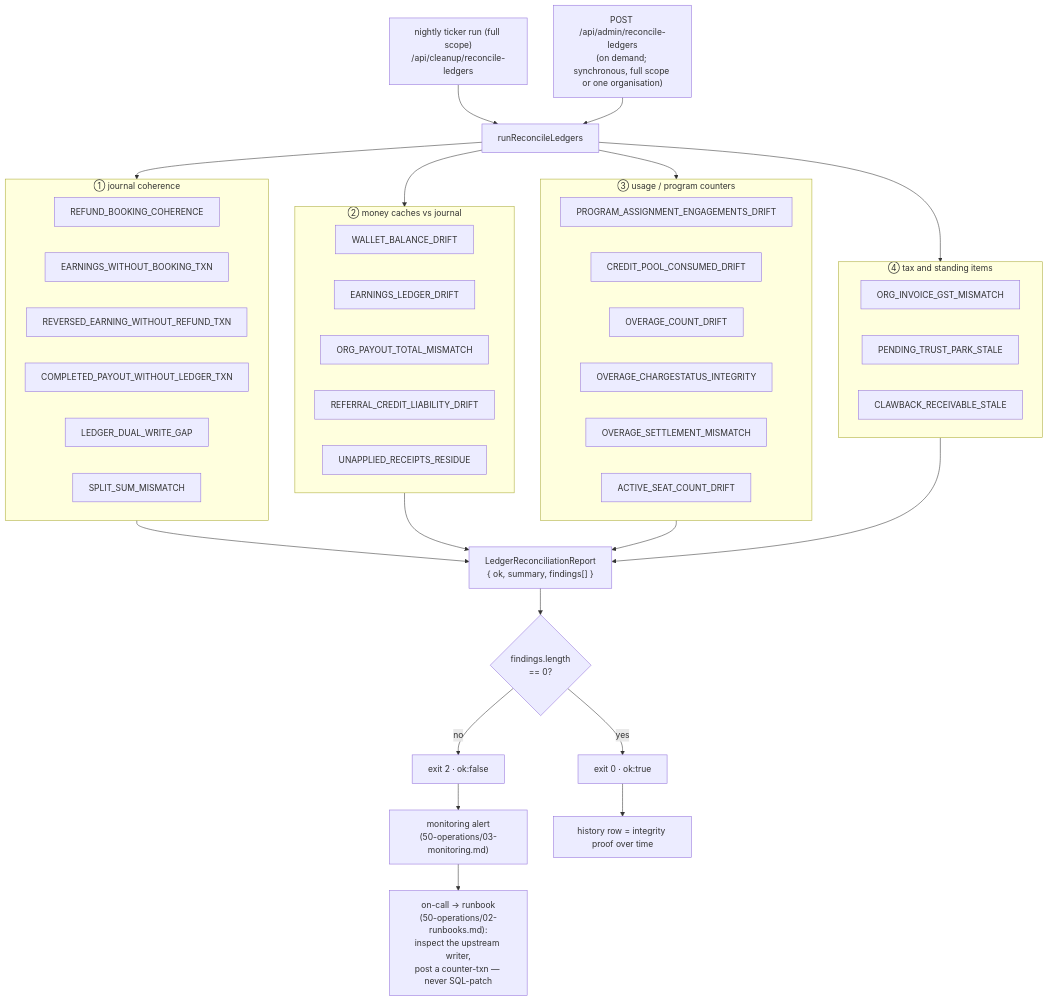
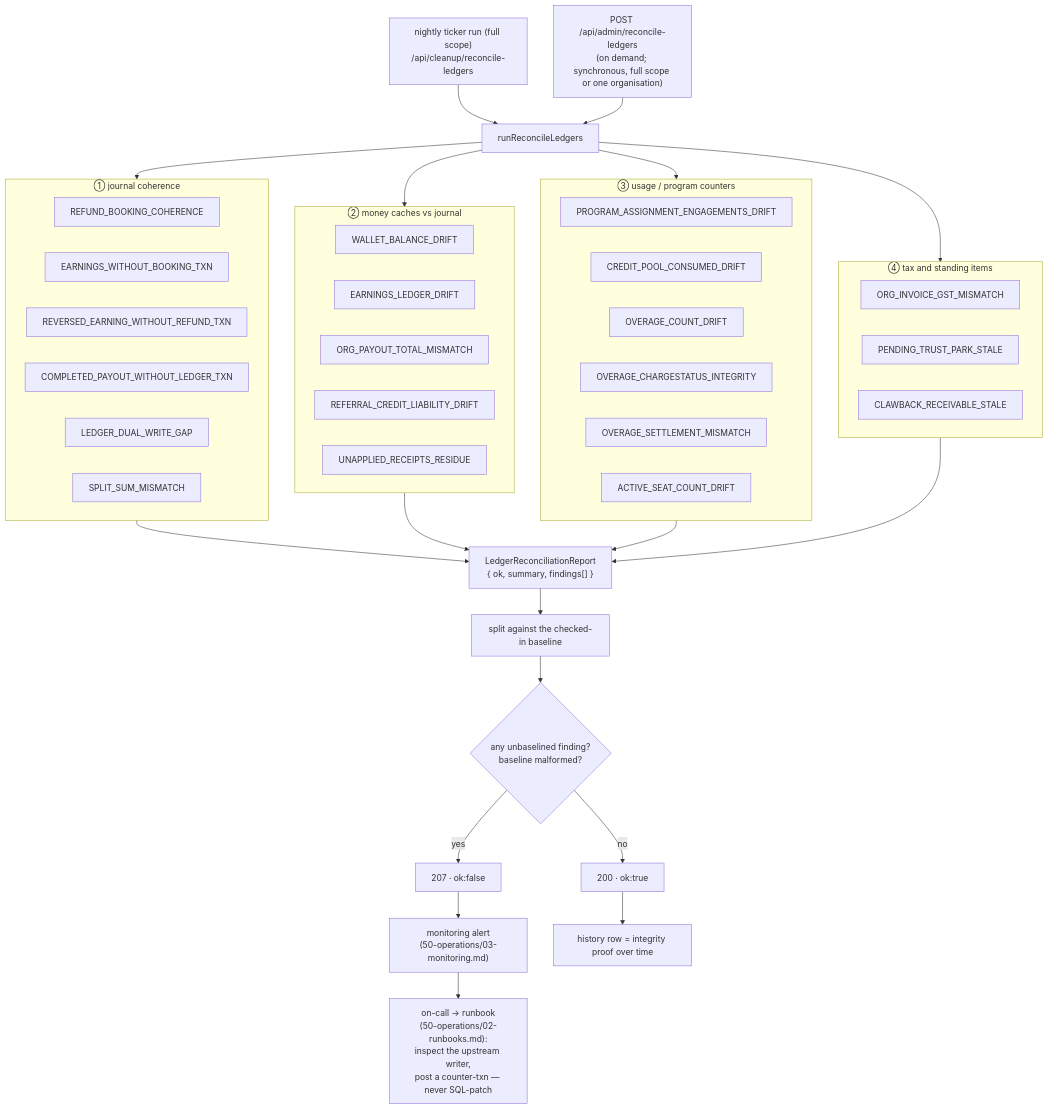
Before and after one commit to Practitionist/familiarise_web: the second of 2 diagrams in docs/enterprise/10-money-and-ledger/13-ledger-integrity.md, drawn with Mermaid. The commit also changed other lines of this file and 6 other files, not shown here.

First line of the commit message:
fix(#2230): split ledger reconcile findings against a checked-in baseline

````diff
--- a/docs/enterprise/10-money-and-ledger/13-ledger-integrity.md
+++ b/docs/enterprise/10-money-and-ledger/13-ledger-integrity.md
@@ -66,44 +67,45 @@
 ```mermaid
 flowchart TD
   CRON["nightly ticker run (full scope)<br/>/api/cleanup/reconcile-ledgers"] --> RUN["runReconcileLedgers"]
   ADMIN["POST /api/admin/reconcile-ledgers<br/>(on demand; synchronous, full scope or one organisation)"] --> RUN
   RUN --> G1
   RUN --> G2
   RUN --> G3
   RUN --> G4
   subgraph G1["① journal coherence"]
     RBC["REFUND_BOOKING_COHERENCE"]
     EWB["EARNINGS_WITHOUT_BOOKING_TXN"]
     REF["REVERSED_EARNING_WITHOUT_REFUND_TXN"]
     CPW["COMPLETED_PAYOUT_WITHOUT_LEDGER_TXN"]
     DWG["LEDGER_DUAL_WRITE_GAP"]
     SSM["SPLIT_SUM_MISMATCH"]
   end
   subgraph G2["② money caches vs journal"]
     WBD["WALLET_BALANCE_DRIFT"]
     ELD["EARNINGS_LEDGER_DRIFT"]
     OPT["ORG_PAYOUT_TOTAL_MISMATCH"]
     RCL["REFERRAL_CREDIT_LIABILITY_DRIFT"]
     URR["UNAPPLIED_RECEIPTS_RESIDUE"]
   end
   subgraph G3["③ usage / program counters"]
     PAE["PROGRAM_ASSIGNMENT_ENGAGEMENTS_DRIFT"]
     CPC["CREDIT_POOL_CONSUMED_DRIFT"]
     OCD["OVERAGE_COUNT_DRIFT"]
     OCI["OVERAGE_CHARGESTATUS_INTEGRITY"]
     OSM["OVERAGE_SETTLEMENT_MISMATCH"]
     ASC["ACTIVE_SEAT_COUNT_DRIFT"]
   end
   subgraph G4["④ tax and standing items"]
     IGM["ORG_INVOICE_GST_MISMATCH"]
     PTS["PENDING_TRUST_PARK_STALE"]
     CRS["CLAWBACK_RECEIVABLE_STALE"]
   end
   G1 & G2 & G3 & G4 --> RPT["LedgerReconciliationReport<br/>{ ok, summary, findings[] }"]
-  RPT --> OK{"findings.length<br/>== 0?"}
-  OK -- yes --> CLEAN["exit 0 · ok:true"]
-  OK -- no --> PAGE["exit 2 · ok:false"]
+  RPT --> BL["split against the checked-in baseline"]
+  BL --> OK{"any unbaselined finding?<br/>baseline malformed?"}
+  OK -- no --> CLEAN["200 · ok:true"]
+  OK -- yes --> PAGE["207 · ok:false"]
   PAGE --> MON["monitoring alert<br/>(50-operations/03-monitoring.md)"]
   MON --> ONCALL["on-call → runbook<br/>(50-operations/02-runbooks.md):<br/>inspect the upstream writer,<br/>post a counter-txn — never SQL-patch"]
   CLEAN --> AUDIT["history row = integrity proof over time"]
 ```
````
